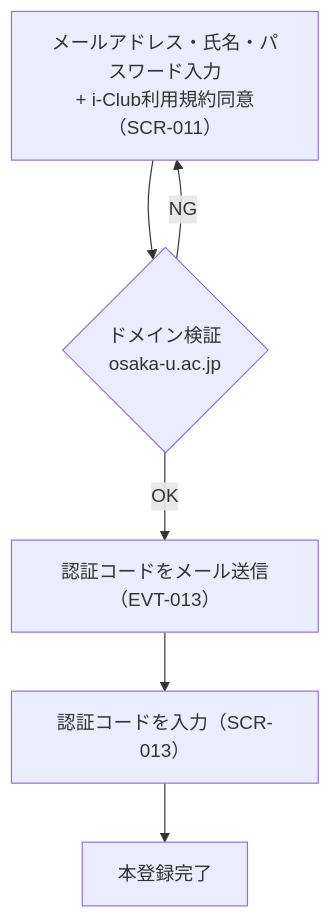
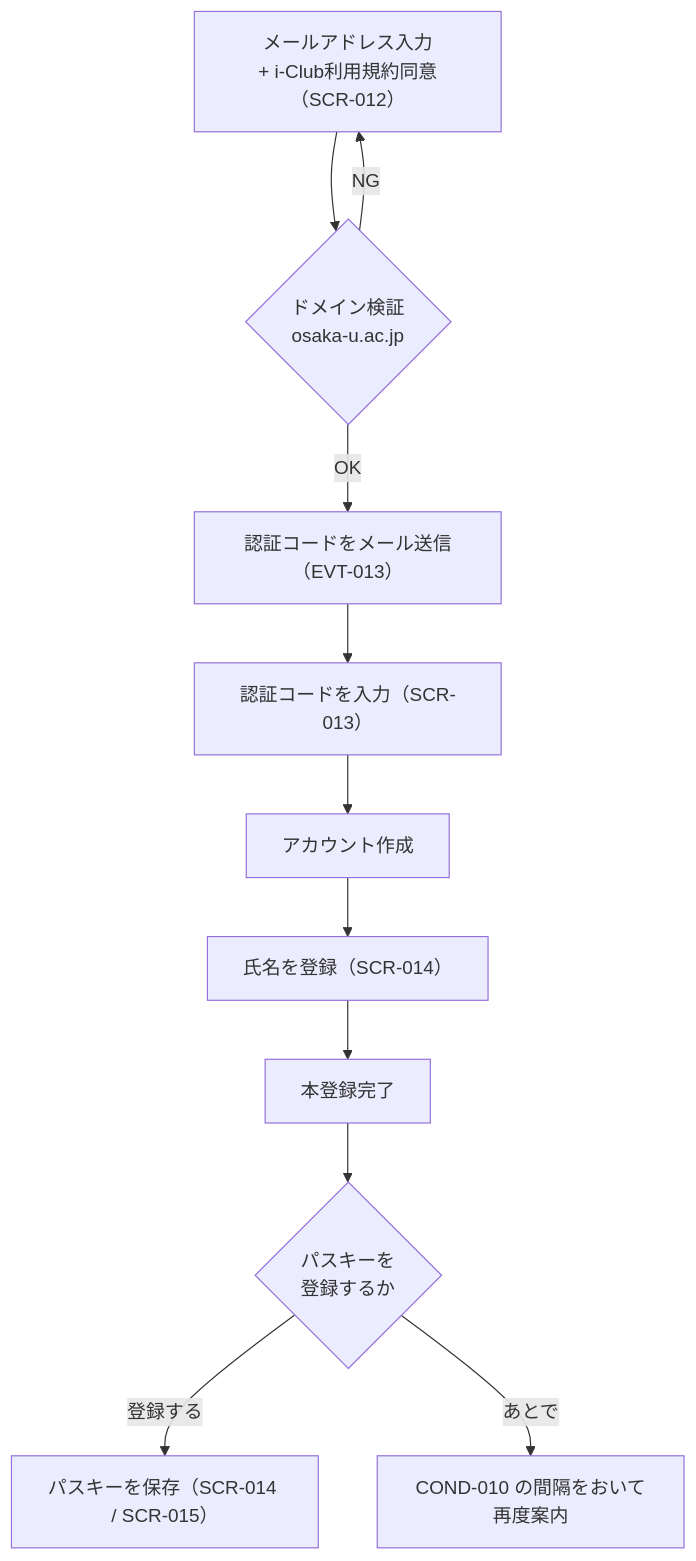
The first of 4 diagrams in docs/prd.md (gdsc-osaka/iclub-reserve), drawn with Mermaid before and after one commit. The commit also changed other lines of this file and 10 other files, not shown here.

````diff
--- a/docs/prd.md
+++ b/docs/prd.md
@@ -49,8 +53,13 @@
 ```mermaid
 flowchart TD
-    A["メールアドレス・氏名・パスワード入力\n+ i-Club利用規約同意（SCR-011）"] --> B{ドメイン検証\nosaka-u.ac.jp}
+    A["メールアドレス入力\n+ i-Club利用規約同意（SCR-012）"] --> B{ドメイン検証\nosaka-u.ac.jp}
     B -- OK --> C["認証コードをメール送信（EVT-013）"]
     B -- NG --> A
     C --> D["認証コードを入力（SCR-013）"]
-    D --> E["本登録完了"]
+    D --> E["アカウント作成"]
+    E --> F["氏名を登録（SCR-014）"]
+    F --> G["本登録完了"]
+    G --> H{"パスキーを\n登録するか"}
+    H -- 登録する --> I["パスキーを保存（SCR-014 / SCR-015）"]
+    H -- あとで --> J["COND-010 の間隔をおいて再度案内"]
 ```
````
